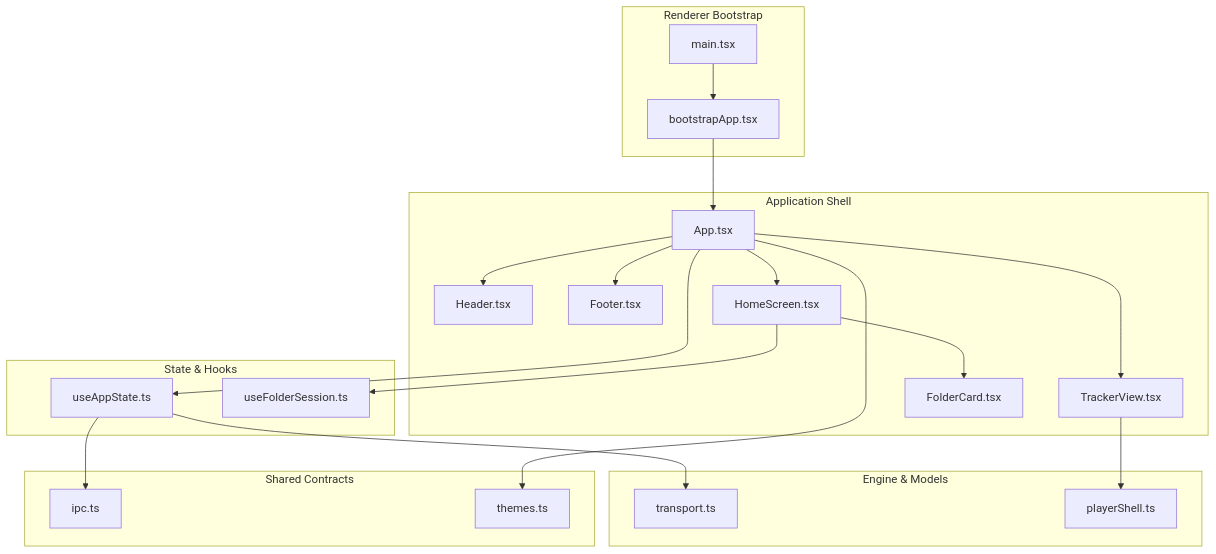
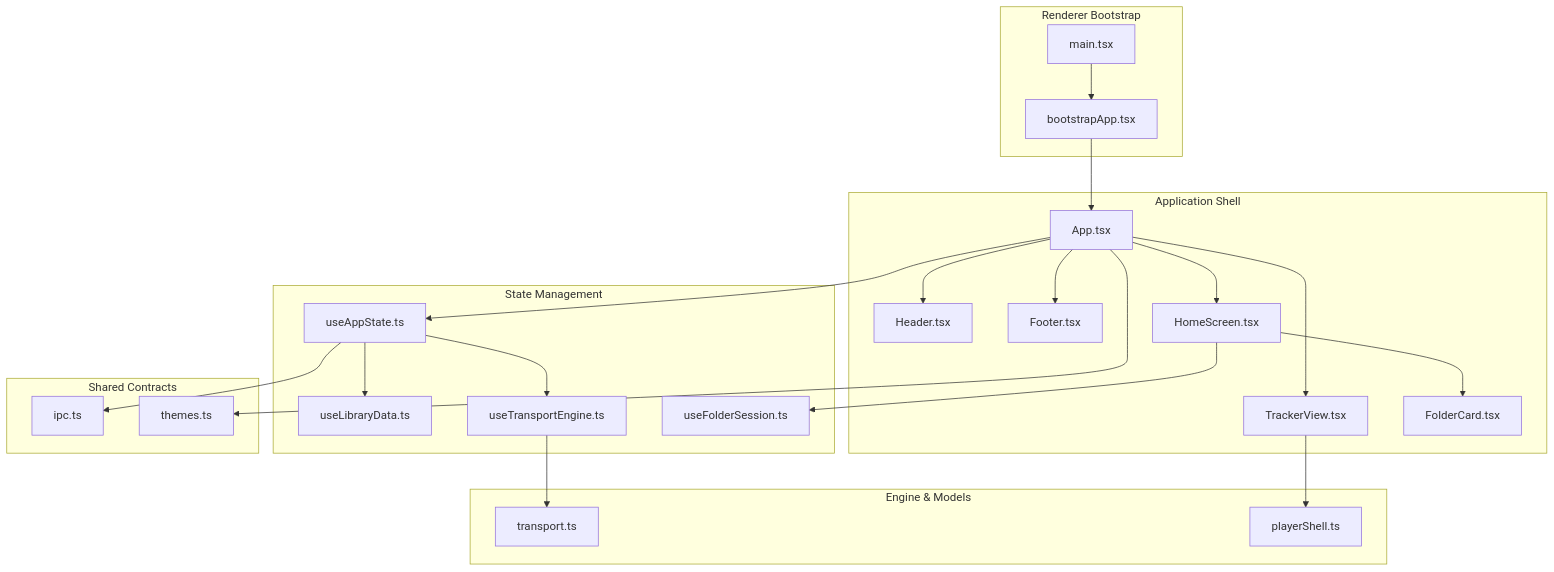
The first of 5 diagrams in .qoder/repowiki/en/content/Core Components/Core Components.md (satyrlord/mixjam-electron), drawn with Mermaid before and after one commit. The commit also changed other lines of this file and 7 other files, not shown here.

First line of the commit message:
feat(data-management): centralize audio extensions and add hasSamples function

````diff
--- a/.qoder/repowiki/en/content/Core Components/Core Components.md
+++ b/.qoder/repowiki/en/content/Core Components/Core Components.md
@@ -51,39 +63,43 @@
 ```mermaid
 graph TB
 subgraph "Renderer Bootstrap"
 MA["main.tsx"]
 BA["bootstrapApp.tsx"]
 end
 subgraph "Application Shell"
 APP["App.tsx"]
 H["Header.tsx"]
 F["Footer.tsx"]
 HS["HomeScreen.tsx"]
 TV["TrackerView.tsx"]
 FC["FolderCard.tsx"]
 end
-subgraph "State & Hooks"
+subgraph "State Management"
 UAS["useAppState.ts"]
+ULD["useLibraryData.ts"]
+UTE["useTransportEngine.ts"]
 UFS["useFolderSession.ts"]
 end
 subgraph "Engine & Models"
 TR["transport.ts"]
-PS["playerShell.ts"]
+PL["playerShell.ts"]
 end
 subgraph "Shared Contracts"
 IPC["ipc.ts"]
 THM["themes.ts"]
 end
 MA --> BA --> APP
 APP --> H
 APP --> F
 APP --> HS
 APP --> TV
 HS --> FC
 APP --> UAS
+UAS --> ULD
+UAS --> UTE
 HS --> UFS
-TV --> PS
-UAS --> TR
+TV --> PL
+UTE --> TR
 UAS --> IPC
 APP --> THM
 ```
````
